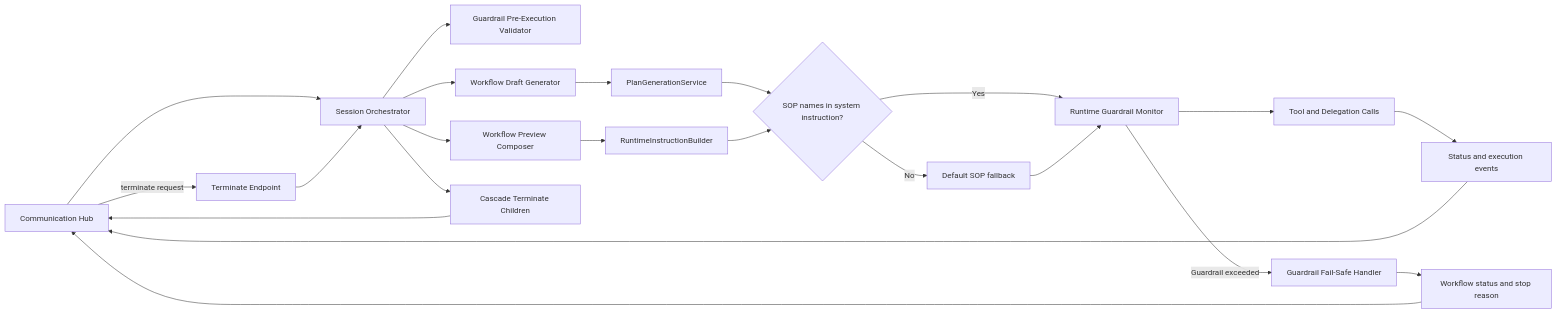
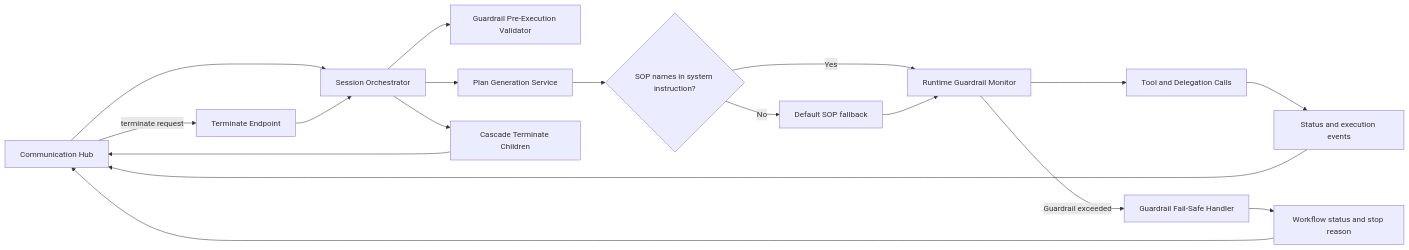
The first of 2 diagrams in docs/master/architecture/modules/agent-runtime/architecture.md (hurungang/parthenon), drawn with Mermaid before and after one commit. The commit also changed 58 other files, not shown here.

````diff
--- a/docs/master/architecture/modules/agent-runtime/architecture.md
+++ b/docs/master/architecture/modules/agent-runtime/architecture.md
@@ -9,41 +9,34 @@
 ```mermaid
 flowchart LR
     CH[Communication Hub]
     ORCH[Session Orchestrator]
     PV[Guardrail Pre-Execution Validator]
-    WDG[Workflow Draft Generator]
-    WPC[Workflow Preview Composer]
-    PGS[PlanGenerationService]
-    RIB[RuntimeInstructionBuilder]
+    PG[Plan Generation Service]
     SOP{SOP names in system instruction?}
     DSOP[Default SOP fallback]
     RM[Runtime Guardrail Monitor]
     FS[Guardrail Fail-Safe Handler]
     TC[Tool and Delegation Calls]
     EVT[Status and execution events]
     ST[Workflow status and stop reason]
     TR[Terminate Endpoint]
     CB[Cascade Terminate Children]
 
     CH --> ORCH
     ORCH --> PV
-    ORCH --> WDG
-    ORCH --> WPC
-    WDG --> PGS
-    WPC --> RIB
-    PGS --> SOP
-    RIB --> SOP
+    ORCH --> PG
+    PG --> SOP
     SOP -->|No| DSOP
     SOP -->|Yes| RM
     DSOP --> RM
     RM --> TC
     TC --> EVT
     EVT --> CH
     RM -->|Guardrail exceeded| FS
     FS --> ST
     ST --> CH
     CH -->|terminate request| TR
     TR --> ORCH
     ORCH --> CB
     CB --> CH
 ```
````
